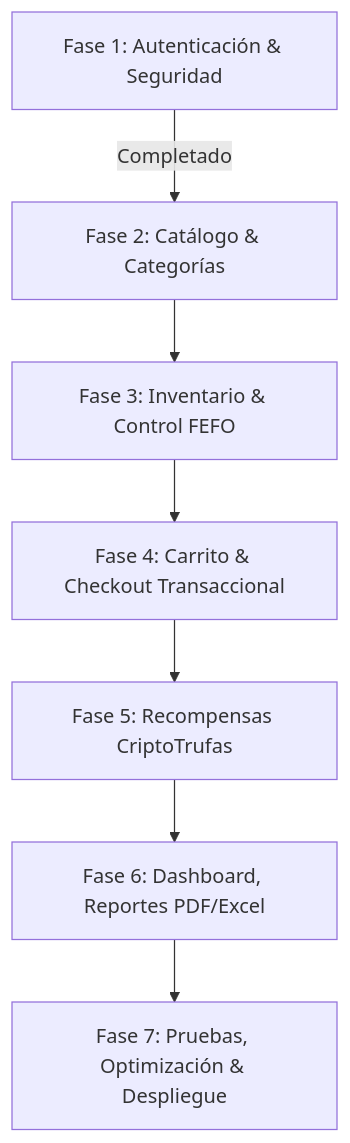
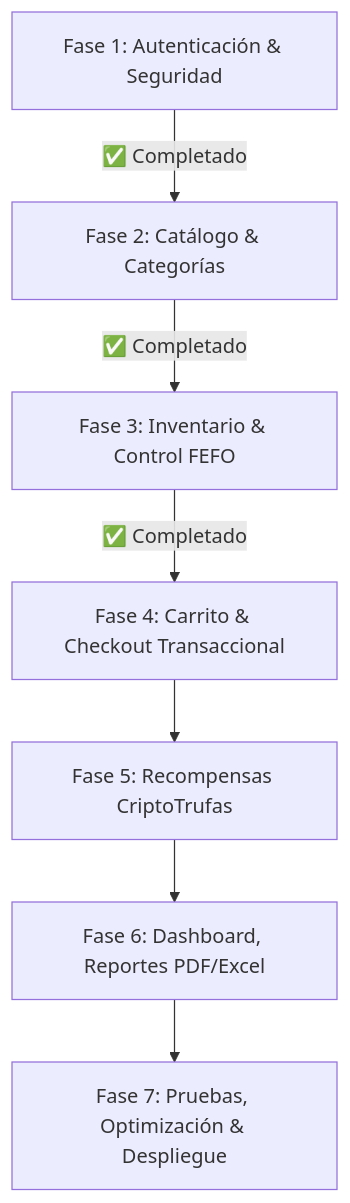
One commit to Gimms11/MitrufelyWeb changed the diagram in _docs/fases/plan_fases.md. Above: the diagram before and after it, drawn with Mermaid. The commit also changed other lines of this file and 25 other files, not shown here.

Commit message:
feat: implement checkout flow and transaction logic with background task support

````diff
--- a/_docs/fases/plan_fases.md
+++ b/_docs/fases/plan_fases.md
@@ -9,9 +9,9 @@
 ```mermaid
 graph TD
-    F1[Fase 1: Autenticación & Seguridad] -->|Completado| F2[Fase 2: Catálogo & Categorías]
-    F2 --> F3[Fase 3: Inventario & Control FEFO]
-    F3 --> F4[Fase 4: Carrito & Checkout Transaccional]
+    F1[Fase 1: Autenticación & Seguridad] -->|✅ Completado| F2[Fase 2: Catálogo & Categorías]
+    F2 -->|✅ Completado| F3[Fase 3: Inventario & Control FEFO]
+    F3 -->|✅ Completado| F4[Fase 4: Carrito & Checkout Transaccional]
     F4 --> F5[Fase 5: Recompensas CriptoTrufas]
     F5 --> F6[Fase 6: Dashboard, Reportes PDF/Excel]
     F6 --> F7[Fase 7: Pruebas, Optimización & Despliegue]
 ```
````
